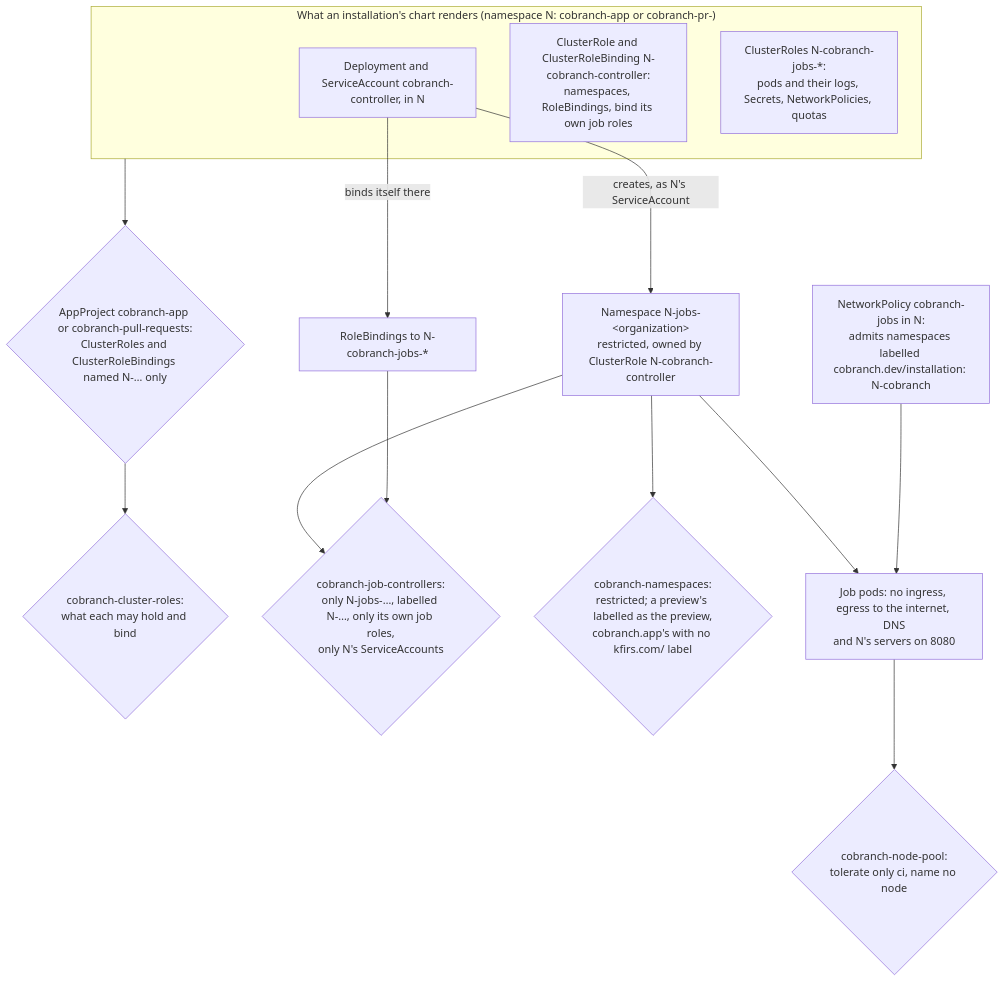
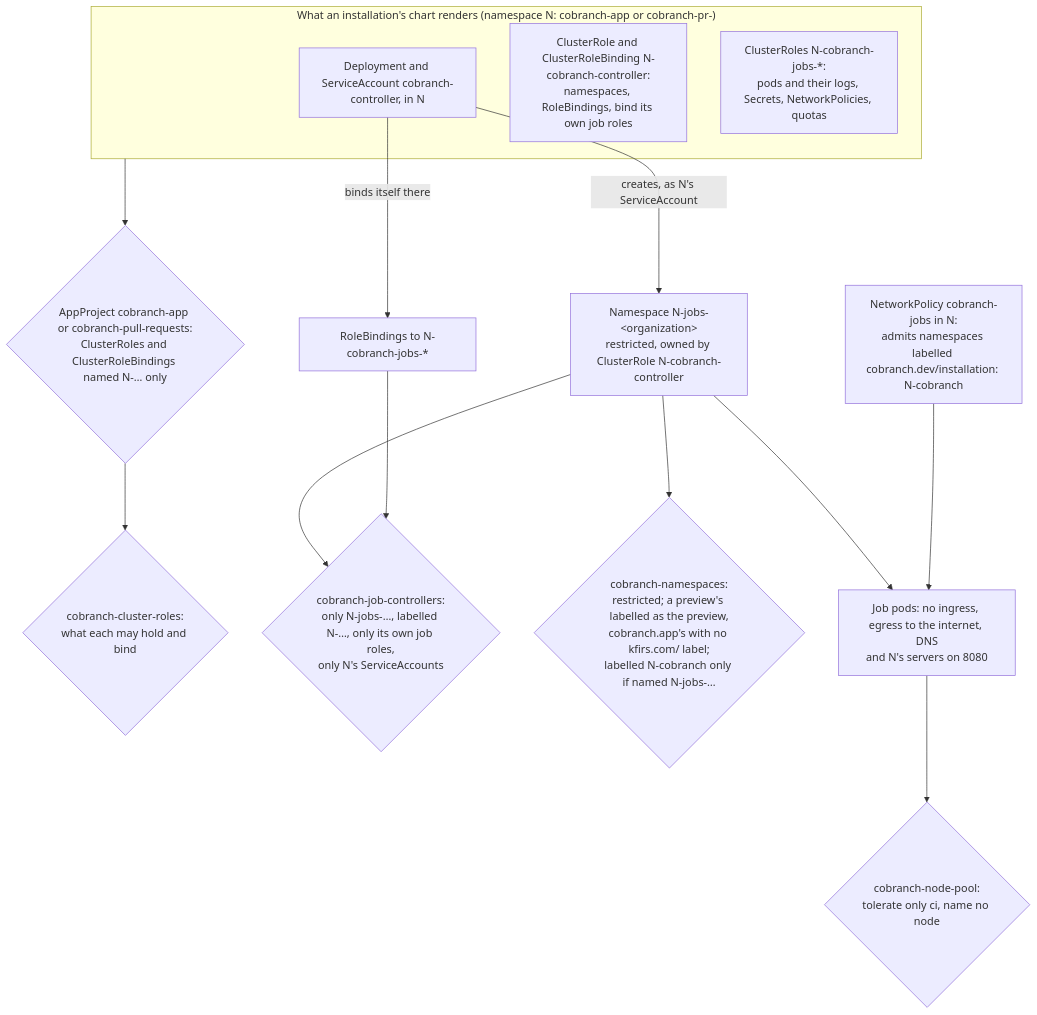
One commit to arikkfir-org/delivery changed the diagram in docs/delivery/designs/cobranch-jobs.md. Above: the diagram before and after it, drawn with Mermaid. The commit also changed other lines of this file and 1 other file, not shown here.

First line of the commit message:
fix(cobranch): hold the installation label to its job namespaces

````diff
--- a/docs/delivery/designs/cobranch-jobs.md
+++ b/docs/delivery/designs/cobranch-jobs.md
@@ -11,18 +11,18 @@
 ```mermaid
 flowchart TB
   subgraph chart["What an installation's chart renders (namespace N: cobranch-app or cobranch-pr-<number>)"]
     D["Deployment and ServiceAccount cobranch-controller, in N"]
     CR1["ClusterRole and ClusterRoleBinding N-cobranch-controller:<br/>namespaces, RoleBindings, bind its own job roles"]
     CR2["ClusterRoles N-cobranch-jobs-*:<br/>pods and their logs, Secrets, NetworkPolicies, quotas"]
   end
   chart --> Proj{"AppProject cobranch-app or cobranch-pull-requests:<br/>ClusterRoles and ClusterRoleBindings named N-… only"}
   Proj --> P1{"cobranch-cluster-roles:<br/>what each may hold and bind"}
   D -- "creates, as N's ServiceAccount" --> NS["Namespace N-jobs-&lt;organization&gt;<br/>restricted, owned by ClusterRole N-cobranch-controller"]
   D -- "binds itself there" --> RB["RoleBindings to N-cobranch-jobs-*"]
   NS --> P2{"cobranch-job-controllers:<br/>only N-jobs-…, labelled N-…, only its own job roles,<br/>only N's ServiceAccounts"}
   RB --> P2
-  NS --> P3{"cobranch-namespaces:<br/>restricted; a preview's labelled as the preview,<br/>cobranch.app's with no kfirs.com/ label"}
+  NS --> P3{"cobranch-namespaces:<br/>restricted; a preview's labelled as the preview,<br/>cobranch.app's with no kfirs.com/ label;<br/>labelled N-cobranch only if named N-jobs-…"}
   NS --> Pods["Job pods: no ingress, egress to the internet, DNS<br/>and N's servers on 8080"]
   NP["NetworkPolicy cobranch-jobs in N:<br/>admits namespaces labelled cobranch.dev/installation: N-cobranch"] --> Pods
   Pods --> P4{"cobranch-node-pool:<br/>tolerate only ci, name no node"}
 ```
````
